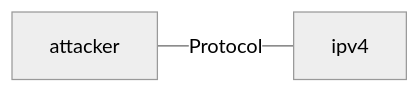
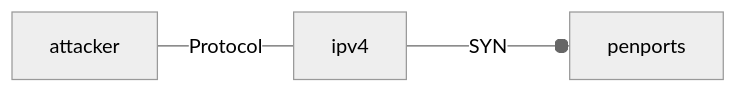
The second of 2 diagrams in _network/port-knocking.md (VulNyx/book), drawn with Mermaid (neutral theme) before and after one commit.

````diff
--- a/_network/port-knocking.md
+++ b/_network/port-knocking.md
@@ -18,4 +18,5 @@
 ```mermaid
 graph LR;
     attacker-- Protocol ---ipv4;
+    ipv4-- SYN ---openports;
 ```
````
